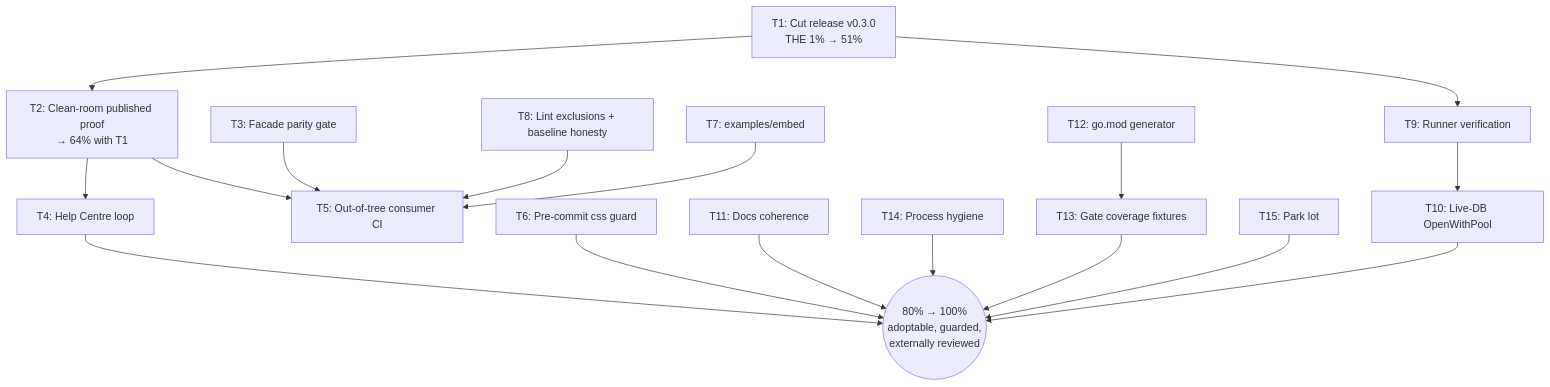
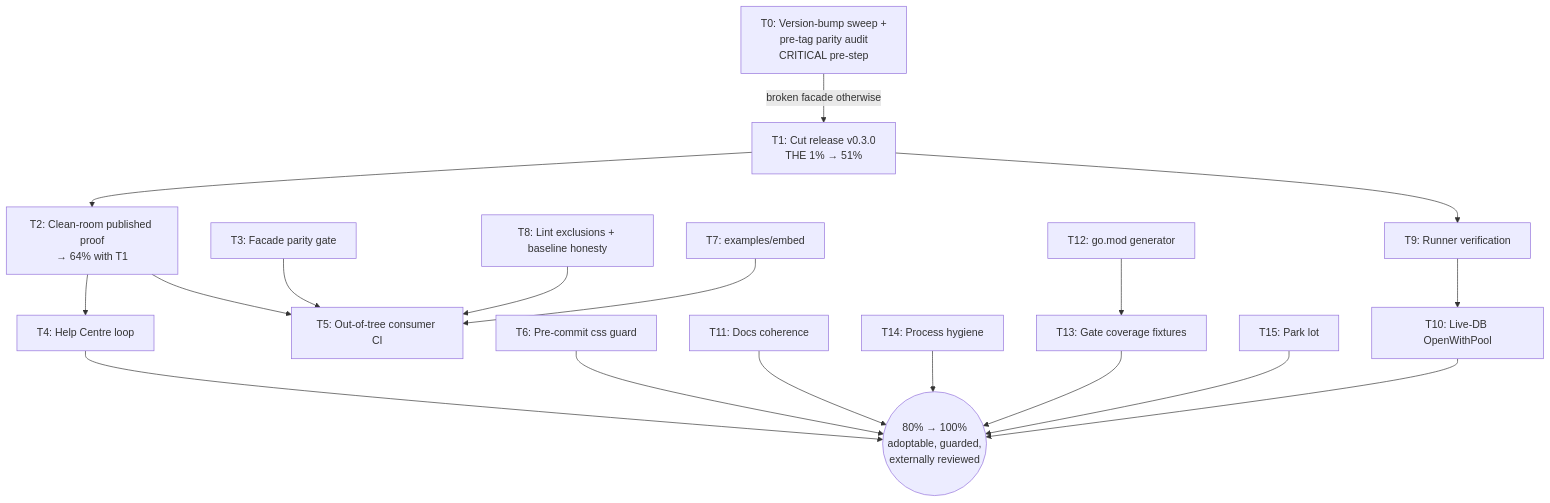
Before and after one commit to LarsArtmann/go-taskqueue: the diagram in docs/planning/2026-09-13_06-43_facade-adoption-pareto-plan.md, drawn with Mermaid. The commit also changed other lines of this file, not shown here.

First line of the commit message:
docs(plan): add T0 pre-release gate — critical flaw found on review

````diff
--- a/docs/planning/2026-09-13_06-43_facade-adoption-pareto-plan.md
+++ b/docs/planning/2026-09-13_06-43_facade-adoption-pareto-plan.md
@@ -144,35 +150,37 @@
 ```mermaid
 graph TD
+    T0[T0: Version-bump sweep +<br/>pre-tag parity audit<br/>CRITICAL pre-step]
     T1[T1: Cut release v0.3.0<br/>THE 1% → 51%]
+    T0 -->|broken facade otherwise| T1
     T2[T2: Clean-room published proof<br/>→ 64% with T1]
     T3[T3: Facade parity gate]
     T4[T4: Help Centre loop]
     T5[T5: Out-of-tree consumer CI]
     T6[T6: Pre-commit css guard]
     T7[T7: examples/embed]
     T8[T8: Lint exclusions + baseline honesty]
     T9[T9: Runner verification]
     T10[T10: Live-DB OpenWithPool]
     T11[T11: Docs coherence]
     T12[T12: go.mod generator]
     T13[T13: Gate coverage fixtures]
     T14[T14: Process hygiene]
     T15[T15: Park lot]
 
     T1 --> T2
     T2 --> T4
     T2 --> T5
     T3 --> T5
     T1 --> T9
     T9 --> T10
     T8 --> T5
     T7 --> T5
     T12 --> T13
     T4 --> DONE((80% → 100%<br/>adoptable, guarded,<br/>externally reviewed))
     T6 --> DONE
     T11 --> DONE
     T14 --> DONE
     T13 --> DONE
     T15 --> DONE
     T10 --> DONE
 ```
````
